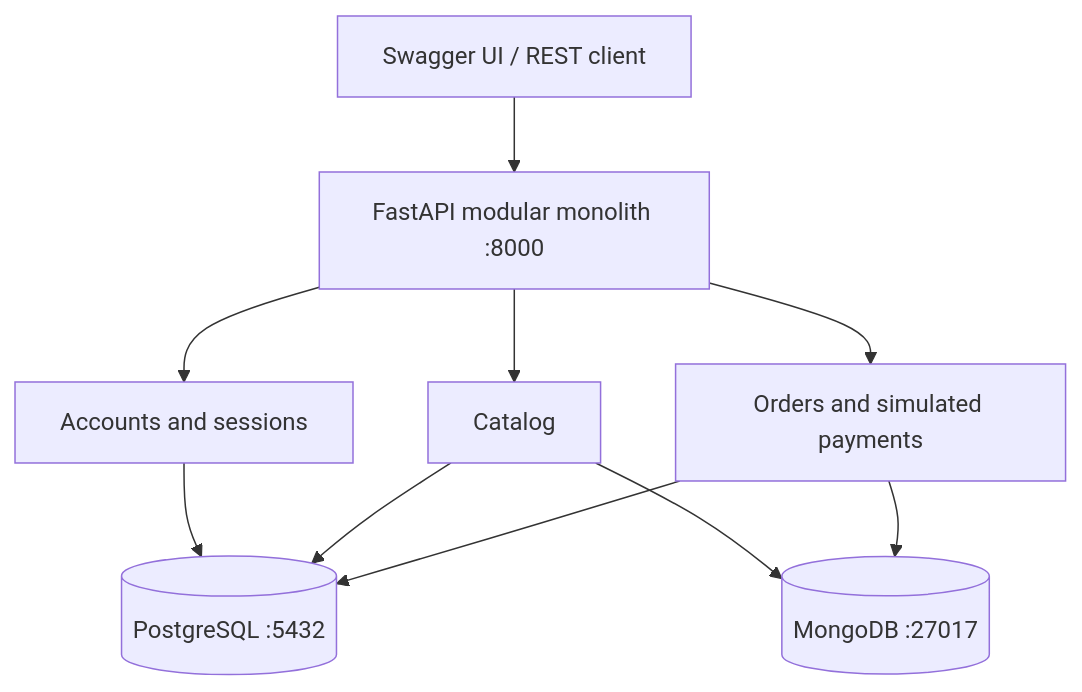
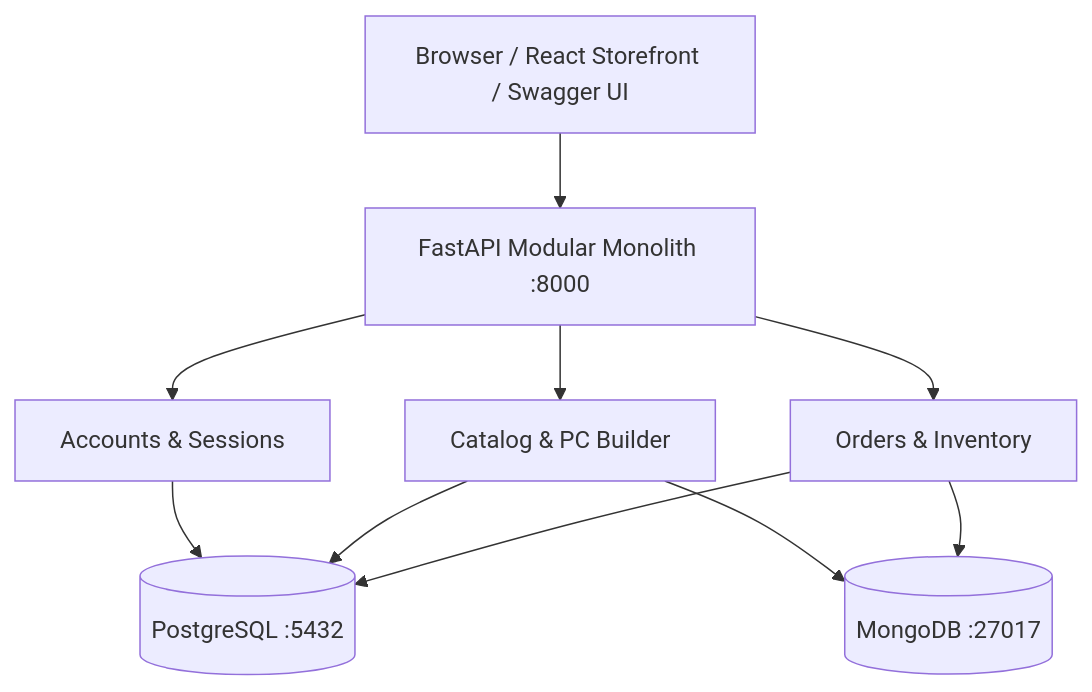
One commit to Scenarione/Electronics-Ecommerce changed the first of 2 diagrams in README.md. Above: the diagram before and after it, drawn with Mermaid. The commit also changed other lines of this file and 1 other file, not shown here.

````diff
--- a/README.md
+++ b/README.md
@@ -33,12 +176,12 @@
 ```mermaid
 flowchart TD
-    Client[Swagger UI / REST client] --> API[FastAPI modular monolith :8000]
-    API --> Accounts[Accounts and sessions]
-    API --> Catalog[Catalog]
-    API --> Orders[Orders and simulated payments]
+    Client[Browser / React Storefront / Swagger UI] --> API[FastAPI Modular Monolith :8000]
+    API --> Accounts[Accounts & Sessions]
+    API --> Catalog[Catalog & PC Builder]
+    API --> Orders[Orders & Inventory]
     Accounts --> PG[(PostgreSQL :5432)]
     Catalog --> PG
     Catalog --> Mongo[(MongoDB :27017)]
     Orders --> PG
     Orders --> Mongo
 ```
````
